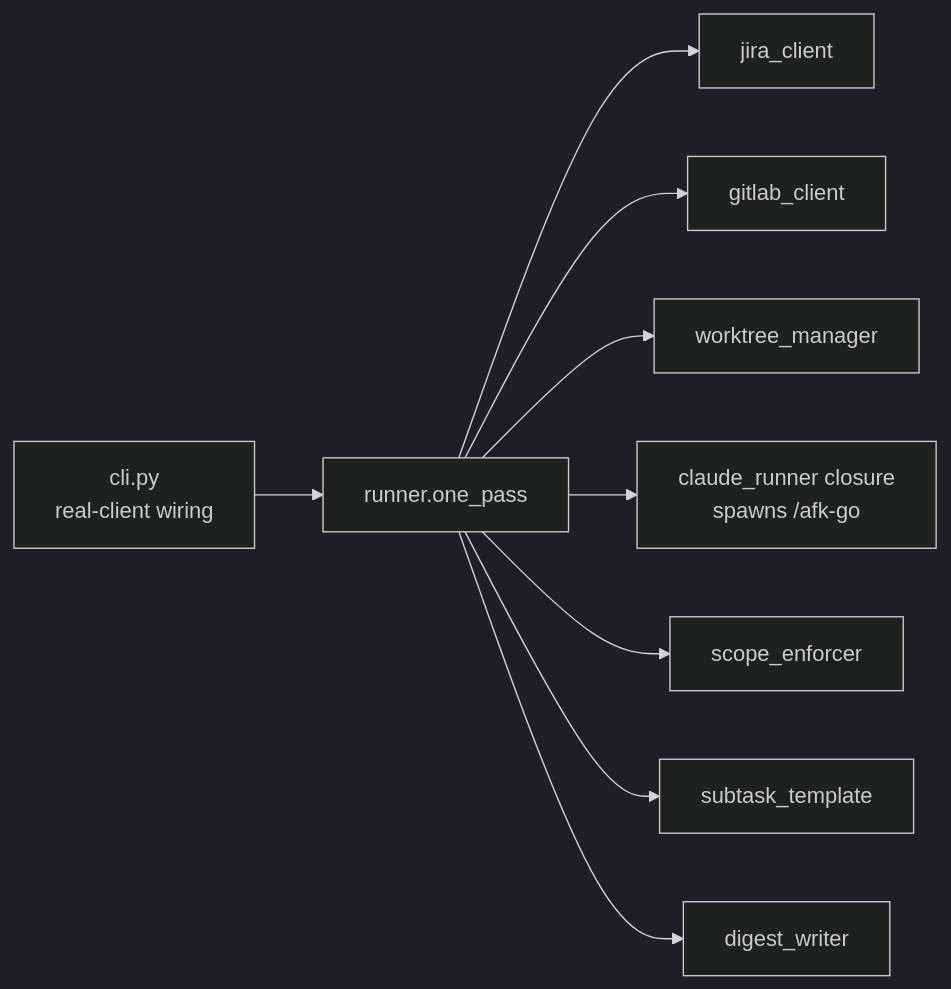
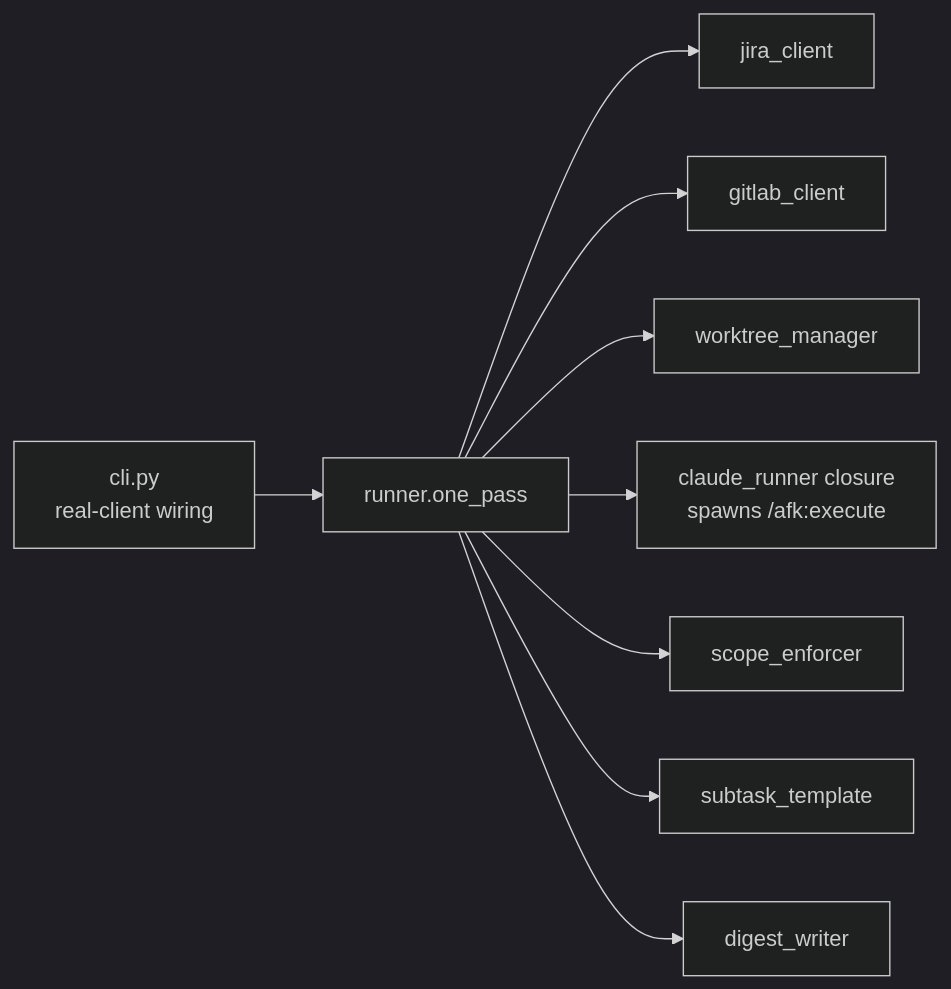
The diagram in CLAUDE.md (midnightblur/afk-driver), drawn with Mermaid (dark theme) before and after one commit. The commit also changed other lines of this file and 28 other files, not shown here.

````diff
--- a/CLAUDE.md
+++ b/CLAUDE.md
@@ -37,11 +37,11 @@
 ```mermaid
 flowchart LR
     CLI[cli.py<br/>real-client wiring] --> R[runner.one_pass]
     R --> J[jira_client]
     R --> G[gitlab_client]
     R --> W[worktree_manager]
-    R --> CR[claude_runner closure<br/>spawns /afk-go]
+    R --> CR[claude_runner closure<br/>spawns /afk:execute]
     R --> SE[scope_enforcer]
     R --> ST[subtask_template]
     R --> D[digest_writer]
 ```
````
